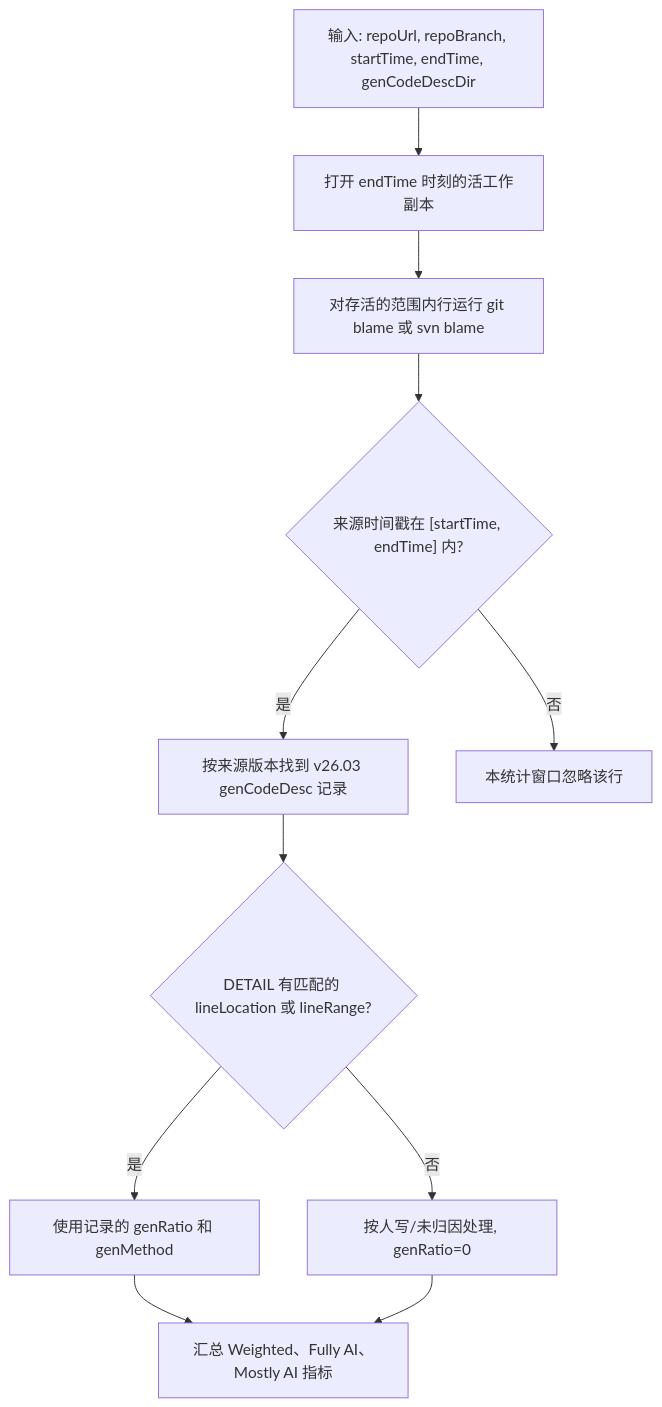
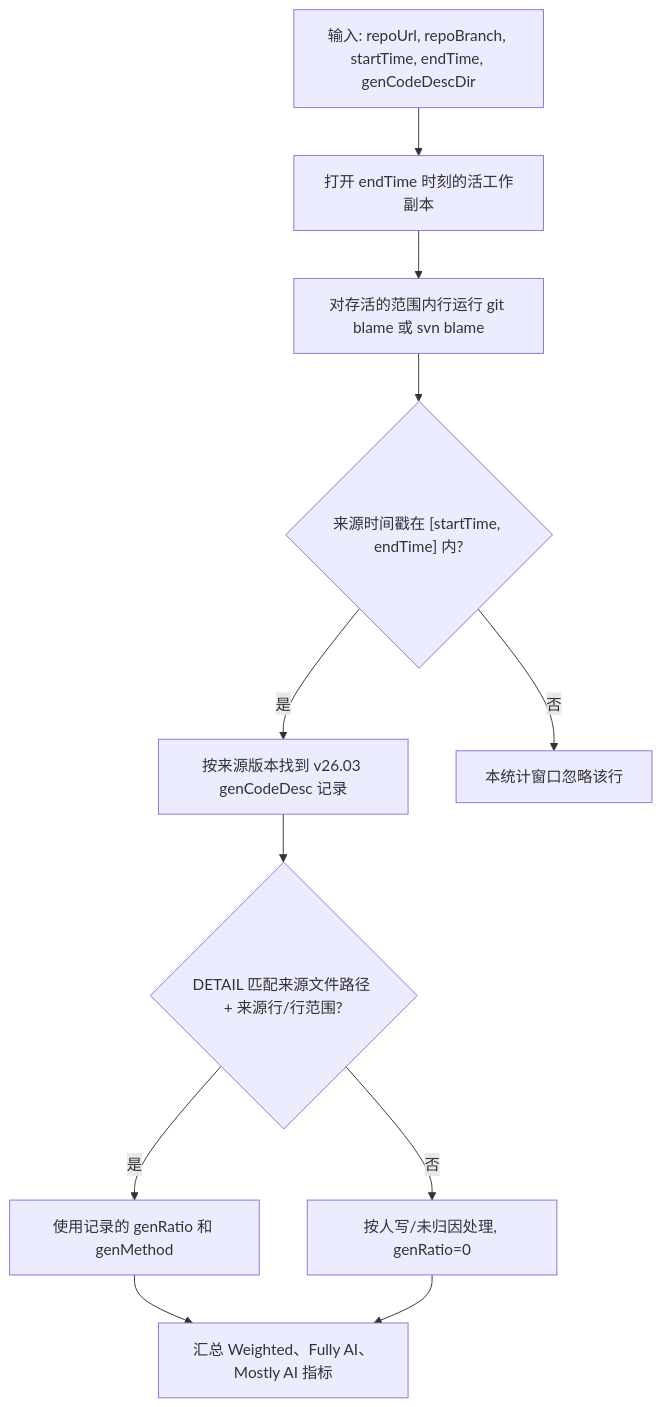
One commit to EnigmaWU/MyGenCodeDescBase changed the first of 3 diagrams in README_AlgABC_ZH.md. Above: the diagram before and after it, drawn with Mermaid. The commit also changed other lines of this file and 1 other file, not shown here.

````diff
--- a/README_AlgABC_ZH.md
+++ b/README_AlgABC_ZH.md
@@ -41,19 +53,19 @@
 ```mermaid
 flowchart TD
   A1["输入: repoUrl, repoBranch, startTime, endTime, genCodeDescDir"]
   A2["打开 endTime 时刻的活工作副本"]
   A3["对存活的范围内行运行 git blame 或 svn blame"]
   A4{"来源时间戳在 [startTime, endTime] 内?"}
   A5["按来源版本找到 v26.03 genCodeDesc 记录"]
-  A6{"DETAIL 有匹配的 lineLocation 或 lineRange?"}
+  A6{"DETAIL 匹配来源文件路径 + 来源行/行范围?"}
   A7["使用记录的 genRatio 和 genMethod"]
   A8["按人写/未归因处理, genRatio=0"]
   A9["汇总 Weighted、Fully AI、Mostly AI 指标"]
   A10["本统计窗口忽略该行"]
 
   A1 --> A2 --> A3 --> A4
   A4 -- "否" --> A10
   A4 -- "是" --> A5 --> A6
   A6 -- "是" --> A7 --> A9
   A6 -- "否" --> A8 --> A9
 ```
````
